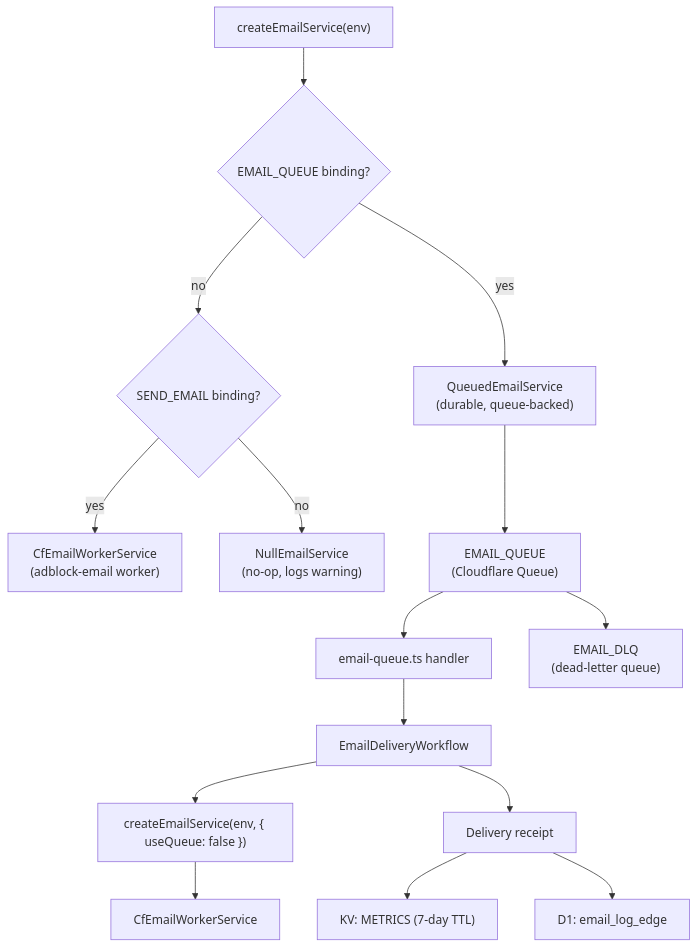
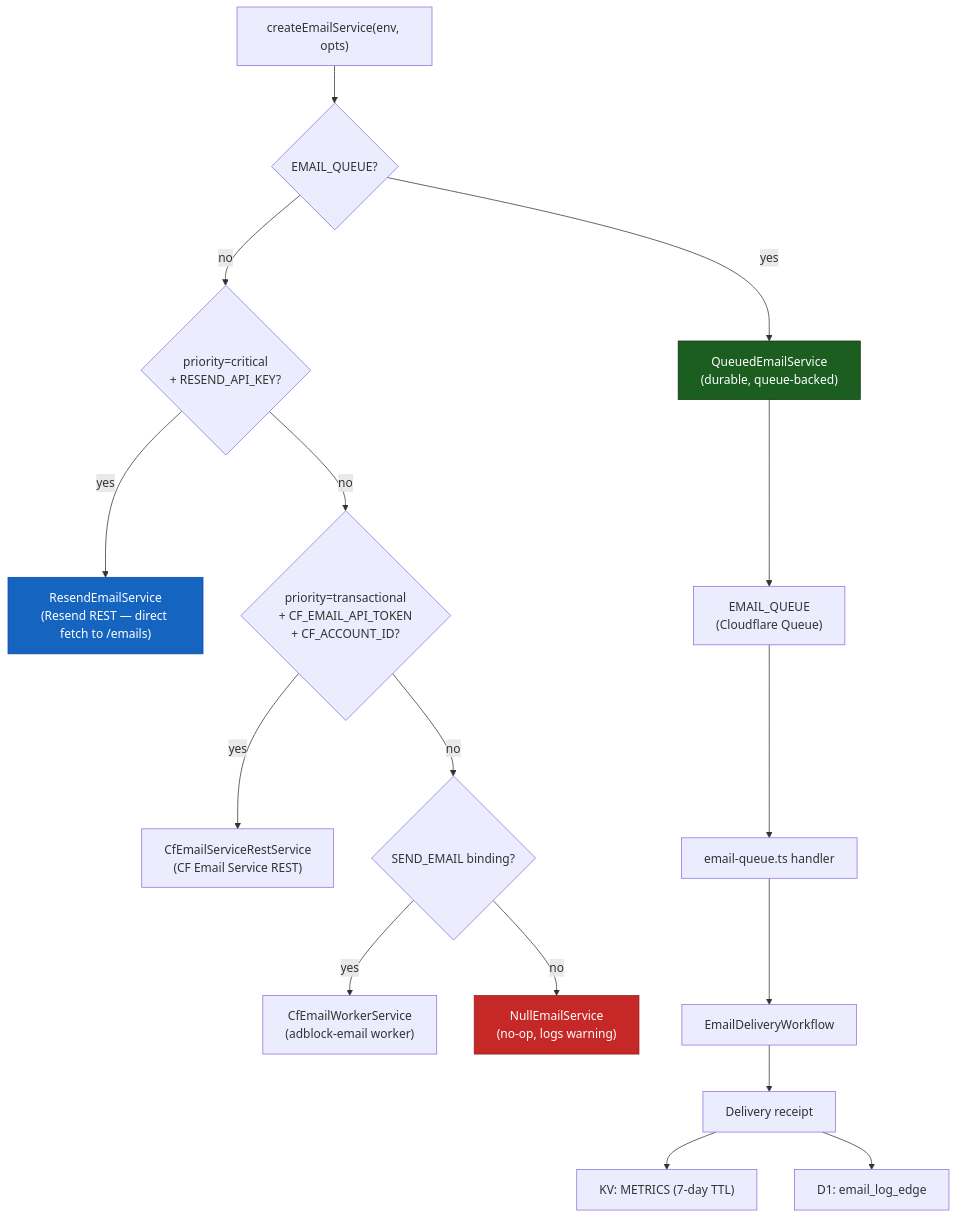
One commit to jaypatrick/adblock-compiler changed the diagram in docs/cloudflare/EMAIL_SERVICE.md. Above: the diagram before and after it, drawn with Mermaid. The commit also changed other lines of this file and 3 other files, not shown here.

First line of the commit message:
docs: document ResendApiService, contact sync, and Bloqr email templates (PR #1714 follow-up) (#1717)

````diff
--- a/docs/cloudflare/EMAIL_SERVICE.md
+++ b/docs/cloudflare/EMAIL_SERVICE.md
@@ -9,19 +9,23 @@
 ```mermaid
 flowchart TD
-    Factory["createEmailService(env)"] --> P1{EMAIL_QUEUE binding?}
+    Factory["createEmailService(env, opts)"] --> P1{EMAIL_QUEUE?}
     P1 -- yes --> QSvc["QueuedEmailService\n(durable, queue-backed)"]
-    P1 -- no --> P2{SEND_EMAIL binding?}
-    P2 -- yes --> CFSvc["CfEmailWorkerService\n(adblock-email worker)"]
-    P2 -- no --> NullSvc["NullEmailService\n(no-op, logs warning)"]
+    P1 -- no --> P2{priority=critical\n+ RESEND_API_KEY?}
+    P2 -- yes --> ResendSvc["ResendEmailService\n(Resend REST — direct fetch to /emails)"]
+    P2 -- no --> P3{priority=transactional\n+ CF_EMAIL_API_TOKEN\n+ CF_ACCOUNT_ID?}
+    P3 -- yes --> CFRestSvc["CfEmailServiceRestService\n(CF Email Service REST)"]
+    P3 -- no --> P4{SEND_EMAIL binding?}
+    P4 -- yes --> CFSvc["CfEmailWorkerService\n(adblock-email worker)"]
+    P4 -- no --> NullSvc["NullEmailService\n(no-op, logs warning)"]
 
     QSvc --> Queue["EMAIL_QUEUE\n(Cloudflare Queue)"]
     Queue --> QHandler["email-queue.ts handler"]
     QHandler --> WF["EmailDeliveryWorkflow"]
-    WF --> DirectFactory["createEmailService(env, { useQueue: false })"]
-    DirectFactory --> CFSvc2["CfEmailWorkerService"]
     WF --> Receipt["Delivery receipt"]
     Receipt --> KV["KV: METRICS (7-day TTL)"]
     Receipt --> D1["D1: email_log_edge"]
 
-    Queue --> DLQ["EMAIL_DLQ\n(dead-letter queue)"]
+    style ResendSvc fill:#1565c0,stroke:#0d47a1,color:#fff
+    style QSvc fill:#1b5e20,stroke:#0a3010,color:#fff
+    style NullSvc fill:#c62828,stroke:#8e1c1c,color:#fff
 ```
````
